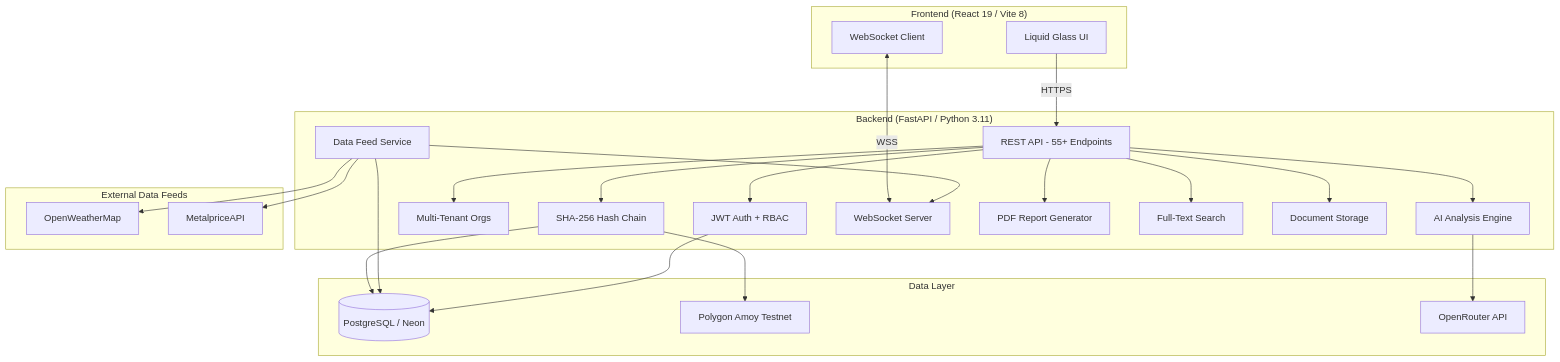
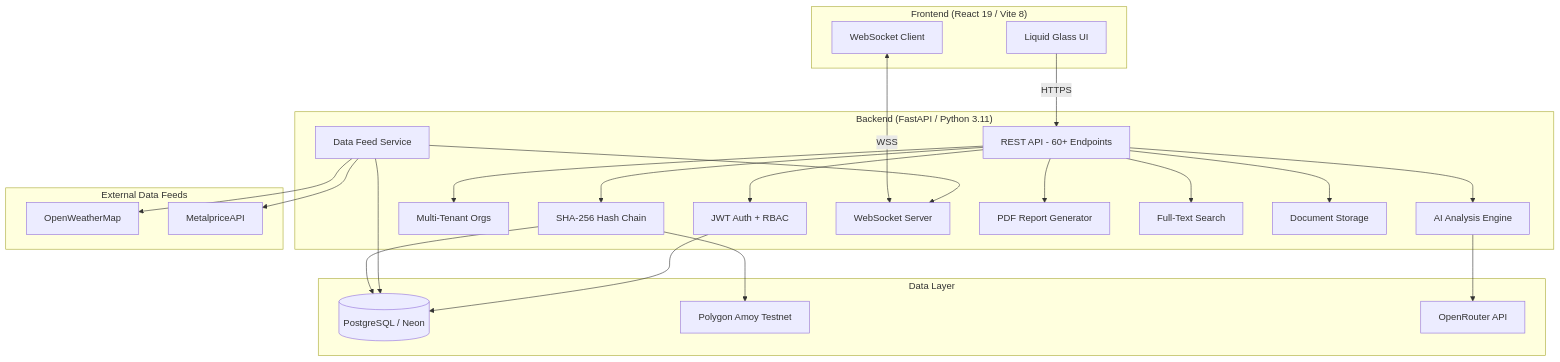
One commit to infratracer/infratrace changed the first of 19 diagrams in README.md. Above: the diagram before and after it, drawn with Mermaid. The commit also changed other lines of this file, not shown here.

````diff
--- a/README.md
+++ b/README.md
@@ -25,49 +25,49 @@
 ```mermaid
 graph TB
     subgraph Frontend["Frontend (React 19 / Vite 8)"]
         UI[Liquid Glass UI]
         WS_CLIENT[WebSocket Client]
     end
 
     subgraph Backend["Backend (FastAPI / Python 3.11)"]
-        API[REST API - 55+ Endpoints]
+        API[REST API - 60+ Endpoints]
         AUTH[JWT Auth + RBAC]
         ORG[Multi-Tenant Orgs]
         HASH[SHA-256 Hash Chain]
         AI_SVC[AI Analysis Engine]
         FEEDS[Data Feed Service]
         WS_SERVER[WebSocket Server]
         PDF[PDF Report Generator]
         SEARCH[Full-Text Search]
         DOCS[Document Storage]
     end
 
     subgraph Storage["Data Layer"]
         PG[(PostgreSQL / Neon)]
         BC[Polygon Amoy Testnet]
         OR[OpenRouter API]
     end
 
     subgraph External["External Data Feeds"]
         OWM[OpenWeatherMap]
         METAL[MetalpriceAPI]
     end
 
     UI -->|HTTPS| API
     WS_CLIENT <-->|WSS| WS_SERVER
     API --> AUTH
     API --> ORG
     API --> HASH
     API --> AI_SVC
     API --> PDF
     API --> SEARCH
     API --> DOCS
     FEEDS --> WS_SERVER
     FEEDS --> OWM
     FEEDS --> METAL
     HASH --> PG
     AI_SVC --> OR
     HASH --> BC
     FEEDS --> PG
     AUTH --> PG
 ```
````
